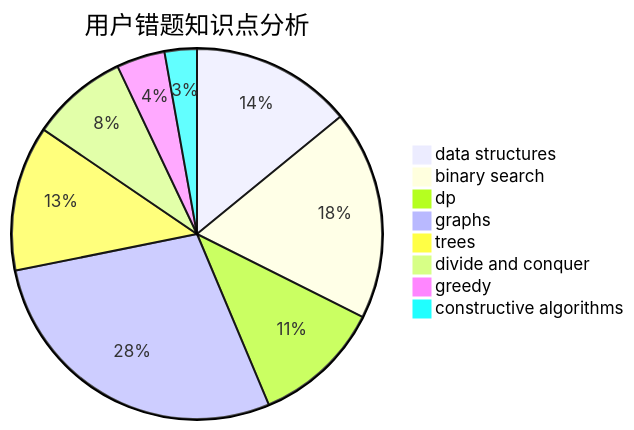
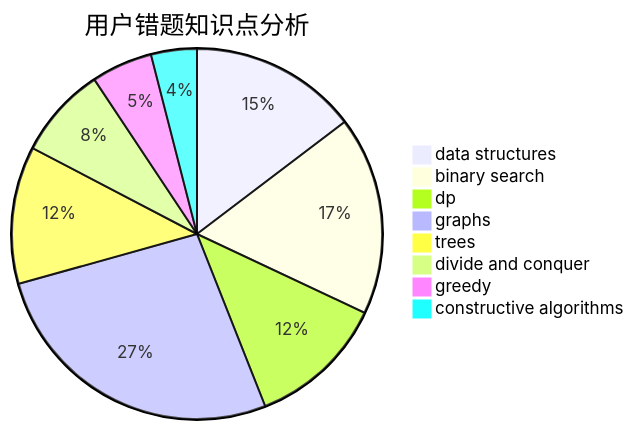
The third of 3 diagrams in docs/user/u527.md (sherpahu/cfrs.github.io), drawn with Mermaid before and after one commit. The commit also changed other lines of this file and 2770 other files, not shown here.

````diff
--- a/docs/user/u527.md
+++ b/docs/user/u527.md
@@ -36,11 +36,11 @@
 ```mermaid
 pie title 用户错题知识点分析
-    "data structures" :  10
+    "data structures" :  11
     "binary search" :  13
-    "dp" :  8
+    "dp" :  9
     "graphs" :  20
     "trees" :  9
     "divide and conquer" :  6
-    "greedy" :  3
-    "constructive algorithms" :  2
+    "greedy" :  4
+    "constructive algorithms" :  3
 ```
````
